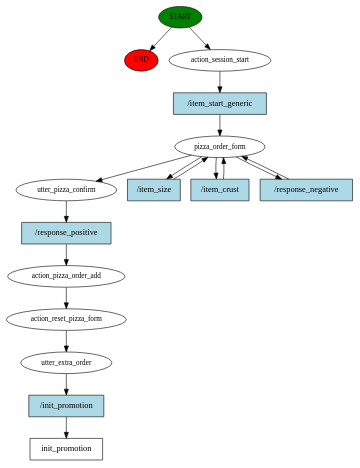
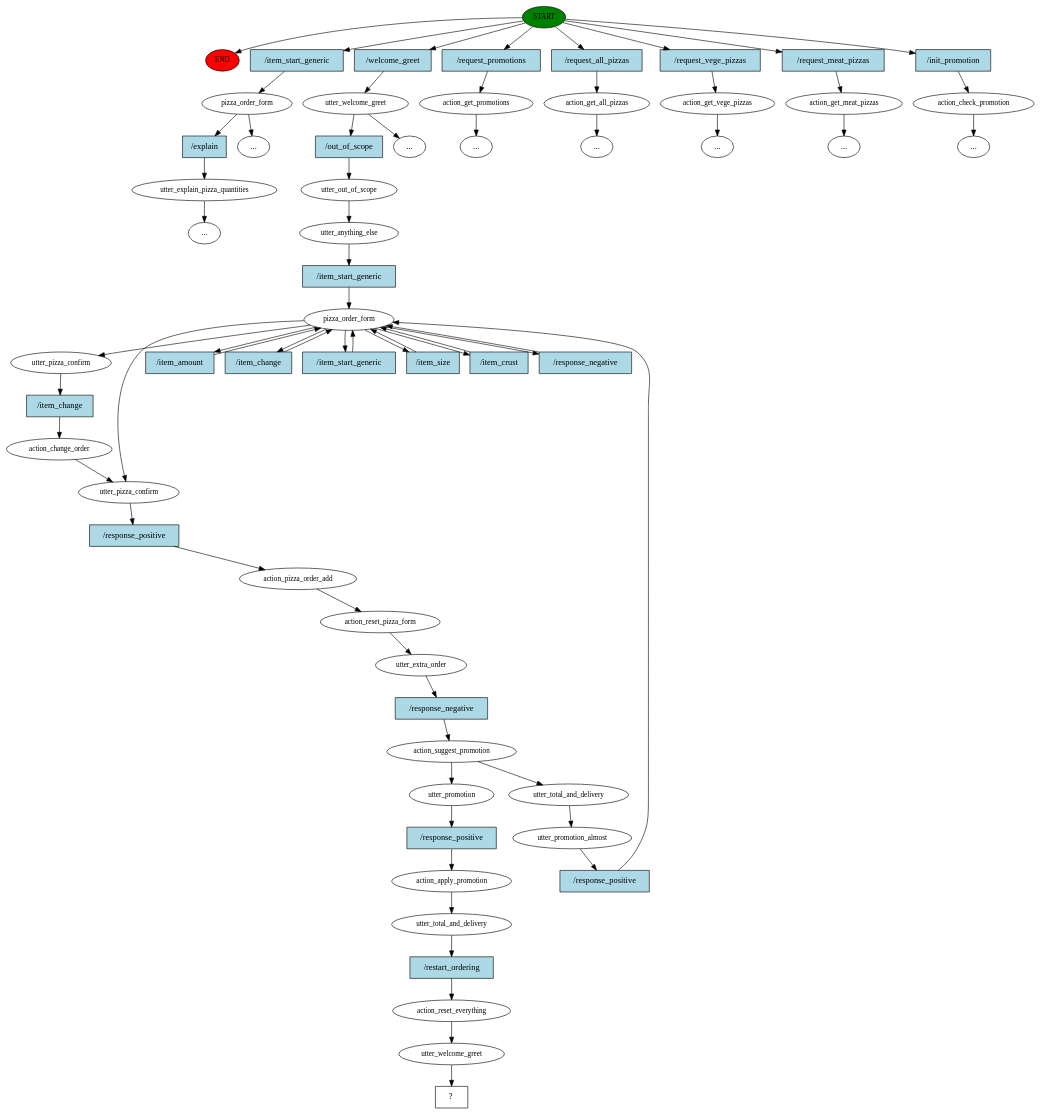
The diagram in story_graph.dot (pasterzewa/HMD-PizzaBot-project), drawn with Graphviz before and after one commit. The commit also changed 970 other files, not shown here.

```diff
--- a/story_graph.dot
+++ b/story_graph.dot
@@ -1,34 +1,125 @@
 digraph  {
 0 [class="start active", fillcolor=green, fontsize=12, label=START, style=filled];
 "-1" [class=end, fillcolor=red, fontsize=12, label=END, style=filled];
-1 [class=active, fontsize=12, label=action_session_start];
-2 [class=active, fontsize=12, label=pizza_order_form];
-6 [class=active, fontsize=12, label=utter_pizza_confirm];
-7 [class=active, fontsize=12, label=action_pizza_order_add];
-8 [class=active, fontsize=12, label=action_reset_pizza_form];
-9 [class=active, fontsize=12, label=utter_extra_order];
-10 [class="intent dashed active", label=init_promotion, shape=rect];
-11 [class="intent active", fillcolor=lightblue, label="/item_start_generic", shape=rect, style=filled];
-12 [class="intent active", fillcolor=lightblue, label="/item_size", shape=rect, style=filled];
-13 [class="intent active", fillcolor=lightblue, label="/item_crust", shape=rect, style=filled];
-14 [class="intent active", fillcolor=lightblue, label="/response_negative", shape=rect, style=filled];
-15 [class="intent active", fillcolor=lightblue, label="/response_positive", shape=rect, style=filled];
-16 [class="intent active", fillcolor=lightblue, label="/init_promotion", shape=rect, style=filled];
+1 [class="", fontsize=12, label=pizza_order_form];
+9 [class=active, fontsize=12, label=utter_welcome_greet];
+41 [class="", fontsize=12, label=action_get_promotions];
+"-44" [class=ellipsis, label="..."];
+45 [class="", fontsize=12, label=action_get_all_pizzas];
+"-47" [class=ellipsis, label="..."];
+46 [class="", fontsize=12, label=action_get_vege_pizzas];
+"-48" [class=ellipsis, label="..."];
+47 [class="", fontsize=12, label=action_get_meat_pizzas];
+"-49" [class=ellipsis, label="..."];
+53 [class="", fontsize=12, label=action_check_promotion];
+"-56" [class=ellipsis, label="..."];
+57 [class="", fontsize=12, label=utter_explain_pizza_quantities];
+"-58" [class=ellipsis, label="..."];
+"-80" [class=ellipsis, label="..."];
+"-94" [class=ellipsis, label="..."];
+95 [class=active, fontsize=12, label=utter_out_of_scope];
+96 [class=active, fontsize=12, label=utter_anything_else];
+97 [class=active, fontsize=12, label=pizza_order_form];
+105 [class=active, fontsize=12, label=utter_pizza_confirm];
+106 [class=active, fontsize=12, label=action_change_order];
+107 [class=active, fontsize=12, label=utter_pizza_confirm];
+108 [class=active, fontsize=12, label=action_pizza_order_add];
+109 [class=active, fontsize=12, label=action_reset_pizza_form];
+110 [class=active, fontsize=12, label=utter_extra_order];
+111 [class=active, fontsize=12, label=action_suggest_promotion];
+112 [class=active, fontsize=12, label=utter_total_and_delivery];
+113 [class=active, fontsize=12, label=utter_promotion_almost];
+125 [class=active, fontsize=12, label=utter_promotion];
+126 [class=active, fontsize=12, label=action_apply_promotion];
+127 [class=active, fontsize=12, label=utter_total_and_delivery];
+128 [class=active, fontsize=12, label=action_reset_everything];
+129 [class=active, fontsize=12, label=utter_welcome_greet];
+130 [class="intent dashed active", label="  ?  ", shape=rect];
+131 [class=intent, fillcolor=lightblue, label="/item_start_generic", shape=rect, style=filled];
+132 [class="intent active", fillcolor=lightblue, label="/welcome_greet", shape=rect, style=filled];
+133 [class=intent, fillcolor=lightblue, label="/request_promotions", shape=rect, style=filled];
+134 [class=intent, fillcolor=lightblue, label="/request_all_pizzas", shape=rect, style=filled];
+135 [class=intent, fillcolor=lightblue, label="/request_vege_pizzas", shape=rect, style=filled];
+136 [class=intent, fillcolor=lightblue, label="/request_meat_pizzas", shape=rect, style=filled];
+137 [class=intent, fillcolor=lightblue, label="/init_promotion", shape=rect, style=filled];
+138 [class=intent, fillcolor=lightblue, label="/explain", shape=rect, style=filled];
+139 [class="intent active", fillcolor=lightblue, label="/out_of_scope", shape=rect, style=filled];
+140 [class="intent active", fillcolor=lightblue, label="/item_start_generic", shape=rect, style=filled];
+141 [class="intent active", fillcolor=lightblue, label="/item_amount", shape=rect, style=filled];
+142 [class="intent active", fillcolor=lightblue, label="/item_change", shape=rect, style=filled];
+143 [class="intent active", fillcolor=lightblue, label="/item_start_generic", shape=rect, style=filled];
+144 [class="intent active", fillcolor=lightblue, label="/item_size", shape=rect, style=filled];
+145 [class="intent active", fillcolor=lightblue, label="/item_crust", shape=rect, style=filled];
+146 [class="intent active", fillcolor=lightblue, label="/response_negative", shape=rect, style=filled];
+147 [class="intent active", fillcolor=lightblue, label="/item_change", shape=rect, style=filled];
+148 [class="intent active", fillcolor=lightblue, label="/response_positive", shape=rect, style=filled];
+149 [class="intent active", fillcolor=lightblue, label="/response_negative", shape=rect, style=filled];
+150 [class="intent active", fillcolor=lightblue, label="/response_positive", shape=rect, style=filled];
+151 [class="intent active", fillcolor=lightblue, label="/response_positive", shape=rect, style=filled];
+152 [class="intent active", fillcolor=lightblue, label="/restart_ordering", shape=rect, style=filled];
 0 -> "-1"  [class="", key=NONE, label=""];
-0 -> 1  [class=active, key=NONE, label=""];
-1 -> 11  [class=active, key=0];
-2 -> 6  [class=active, key=NONE, label=""];
-2 -> 12  [class=active, key=0];
-2 -> 13  [class=active, key=0];
-2 -> 14  [class=active, key=0];
-6 -> 15  [class=active, key=0];
-7 -> 8  [class=active, key=NONE, label=""];
-8 -> 9  [class=active, key=NONE, label=""];
-9 -> 16  [class=active, key=0];
-11 -> 2  [class=active, key=0];
-12 -> 2  [class=active, key=0];
-13 -> 2  [class=active, key=0];
-14 -> 2  [class=active, key=0];
-15 -> 7  [class=active, key=0];
-16 -> 10  [class=active, key=0];
+0 -> 131  [class="", key=0];
+0 -> 132  [class=active, key=0];
+0 -> 133  [class="", key=0];
+0 -> 134  [class="", key=0];
+0 -> 135  [class="", key=0];
+0 -> 136  [class="", key=0];
+0 -> 137  [class="", key=0];
+1 -> "-94"  [class="", key=NONE, label=""];
+1 -> 138  [class="", key=0];
+9 -> "-80"  [class="", key=NONE, label=""];
+9 -> 139  [class=active, key=0];
+41 -> "-44"  [class="", key=NONE, label=""];
+45 -> "-47"  [class="", key=NONE, label=""];
+46 -> "-48"  [class="", key=NONE, label=""];
+47 -> "-49"  [class="", key=NONE, label=""];
+53 -> "-56"  [class="", key=NONE, label=""];
+57 -> "-58"  [class="", key=NONE, label=""];
+95 -> 96  [class=active, key=NONE, label=""];
+96 -> 140  [class=active, key=0];
+97 -> 105  [class=active, key=NONE, label=""];
+97 -> 107  [class=active, key=NONE, label=""];
+97 -> 141  [class=active, key=0];
+97 -> 142  [class=active, key=0];
+97 -> 143  [class=active, key=0];
+97 -> 144  [class=active, key=0];
+97 -> 145  [class=active, key=0];
+97 -> 146  [class=active, key=0];
+105 -> 147  [class=active, key=0];
+106 -> 107  [class=active, key=NONE, label=""];
+107 -> 148  [class=active, key=0];
+108 -> 109  [class=active, key=NONE, label=""];
+109 -> 110  [class=active, key=NONE, label=""];
+110 -> 149  [class=active, key=0];
+111 -> 112  [class=active, key=NONE, label=""];
+111 -> 125  [class=active, key=NONE, label=""];
+112 -> 113  [class=active, key=NONE, label=""];
+113 -> 150  [class=active, key=0];
+125 -> 151  [class=active, key=0];
+126 -> 127  [class=active, key=NONE, label=""];
+127 -> 152  [class=active, key=0];
+128 -> 129  [class=active, key=NONE, label=""];
+129 -> 130  [class=active, key=NONE, label=""];
+131 -> 1  [class="", key=0];
+132 -> 9  [class=active, key=0];
+133 -> 41  [class="", key=0];
+134 -> 45  [class="", key=0];
+135 -> 46  [class="", key=0];
+136 -> 47  [class="", key=0];
+137 -> 53  [class="", key=0];
+138 -> 57  [class="", key=0];
+139 -> 95  [class=active, key=0];
+140 -> 97  [class=active, key=0];
+141 -> 97  [class=active, key=0];
+142 -> 97  [class=active, key=0];
+143 -> 97  [class=active, key=0];
+144 -> 97  [class=active, key=0];
+145 -> 97  [class=active, key=0];
+146 -> 97  [class=active, key=0];
+147 -> 106  [class=active, key=0];
+148 -> 108  [class=active, key=0];
+149 -> 111  [class=active, key=0];
+150 -> 97  [class=active, key=0];
+151 -> 126  [class=active, key=0];
+152 -> 128  [class=active, key=0];
 }
```
